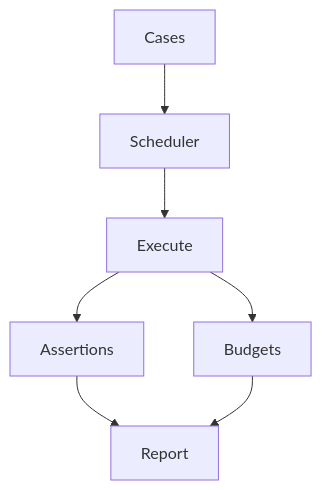
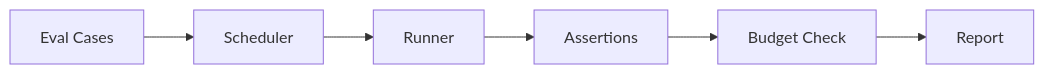
One commit to Luseefor/afk changed the diagram in docs/library/evals.mdx. Above: the diagram before and after it, drawn with Mermaid. The commit also changed other lines of this file and 50 other files, not shown here.

````diff
--- a/docs/library/evals.mdx
+++ b/docs/library/evals.mdx
@@ -8,9 +46,8 @@
 ```mermaid
-flowchart TD
-    Cases --> Scheduler
-    Scheduler --> Execute
-    Execute --> Assertions
-    Execute --> Budgets
-    Assertions --> Report
-    Budgets --> Report
+flowchart LR
+    Cases["Eval Cases"] --> Scheduler["Scheduler"]
+    Scheduler --> Runner["Runner"]
+    Runner --> Assertions["Assertions"]
+    Assertions --> Budget["Budget Check"]
+    Budget --> Report["Report"]
 ```
````
